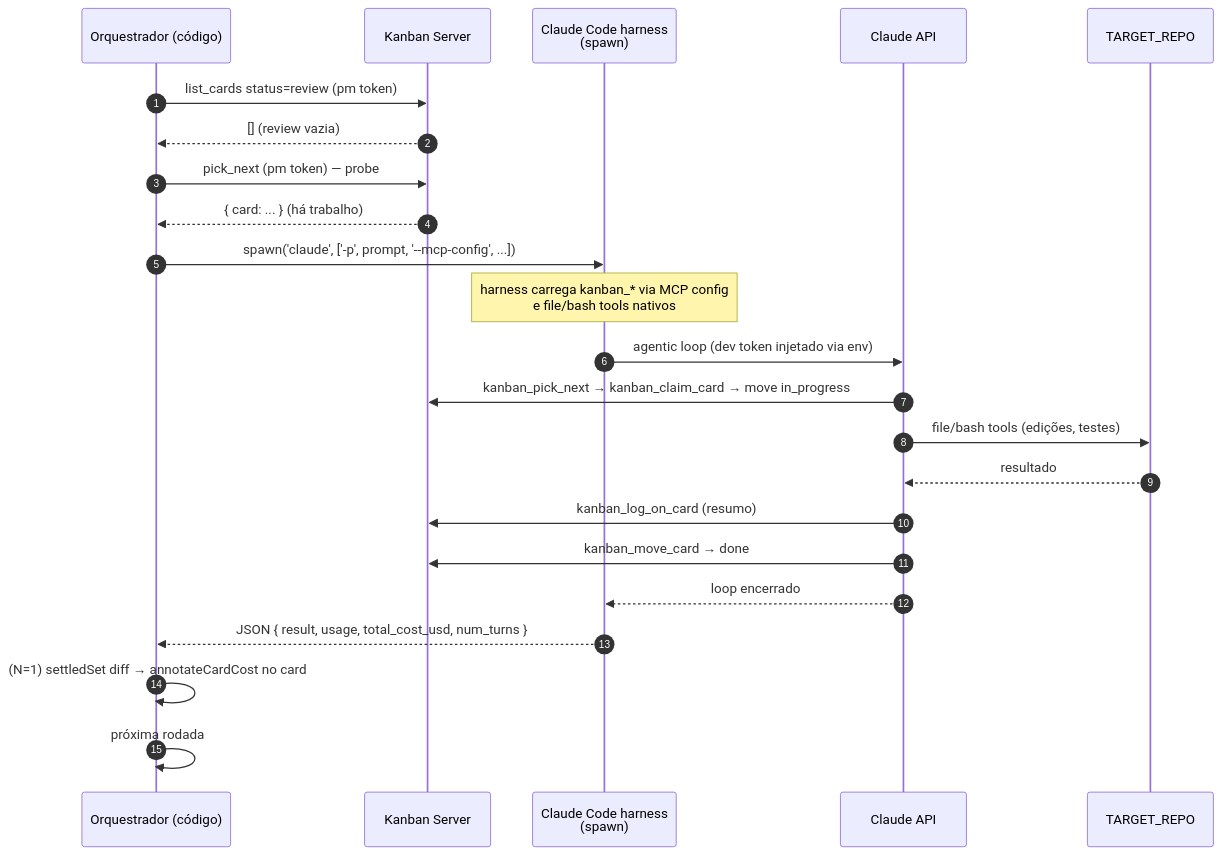
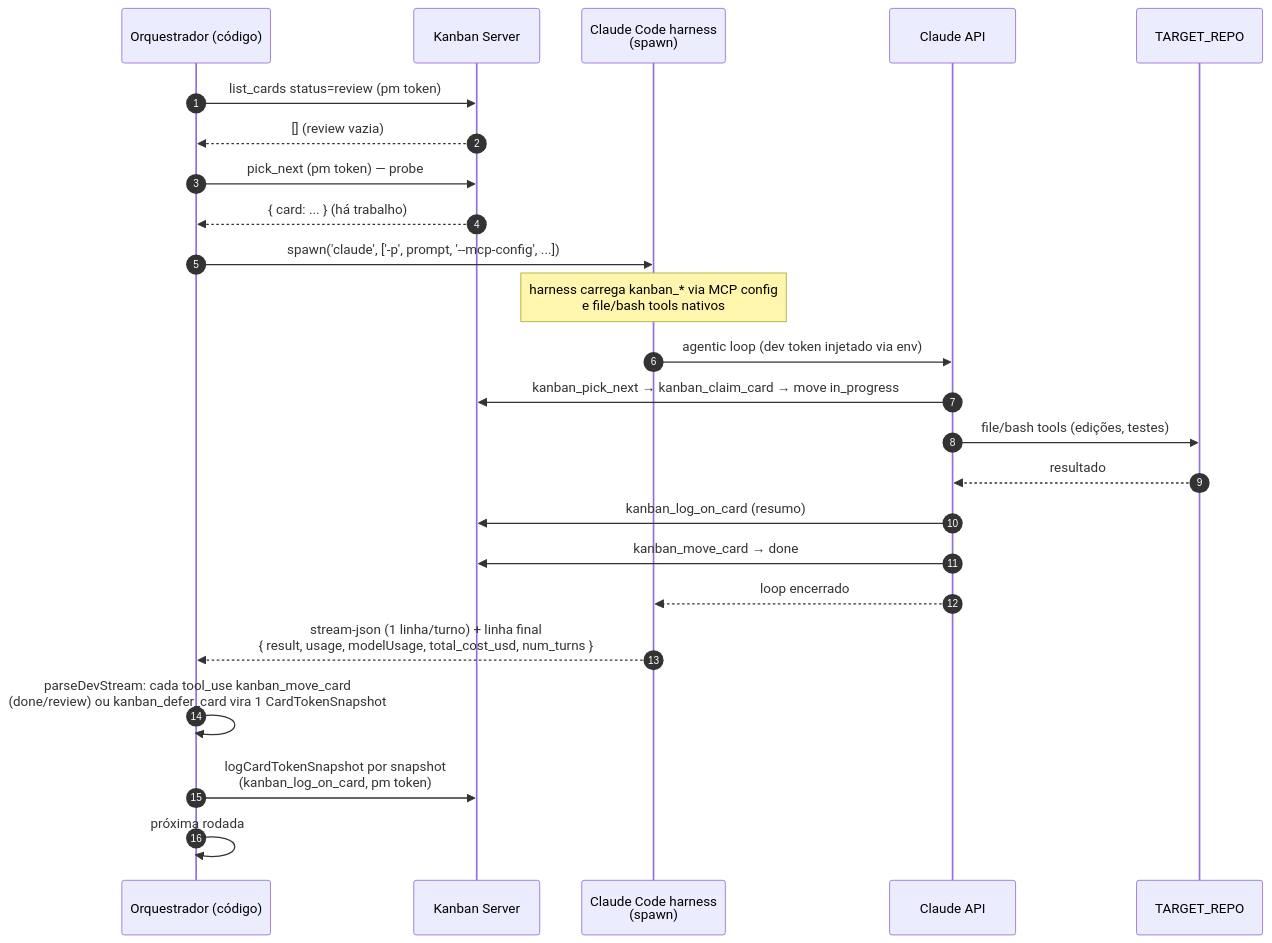
Before and after one commit to kauelopes/obsidianban: the fourth of 9 diagrams in docs/for-agents/sprint-workflow.md, drawn with Mermaid. The commit also changed other lines of this file and 29 other files, not shown here.

First line of the commit message:
feat: rastreia tokens de cache e custo medido por card, alerta de idle no workflow

````diff
--- a/docs/for-agents/sprint-workflow.md
+++ b/docs/for-agents/sprint-workflow.md
@@ -151,28 +149,29 @@
 ```mermaid
 sequenceDiagram
     autonumber
     participant O as Orquestrador (código)
     participant S as Kanban Server
     participant H as Claude Code harness<br/>(spawn)
     participant A as Claude API
     participant R as TARGET_REPO
 
     O->>S: list_cards status=review (pm token)
     S-->>O: [] (review vazia)
     O->>S: pick_next (pm token) — probe
     S-->>O: { card: ... } (há trabalho)
 
     O->>H: spawn('claude', ['-p', prompt, '--mcp-config', ...])
     note over H: harness carrega kanban_* via MCP config<br/>e file/bash tools nativos
     H->>A: agentic loop (dev token injetado via env)
     A->>S: kanban_pick_next → kanban_claim_card → move in_progress
     A->>R: file/bash tools (edições, testes)
     R-->>A: resultado
     A->>S: kanban_log_on_card (resumo)
     A->>S: kanban_move_card → done
     A-->>H: loop encerrado
-    H-->>O: JSON { result, usage, total_cost_usd, num_turns }
+    H-->>O: stream-json (1 linha/turno) + linha final<br/>{ result, usage, modelUsage, total_cost_usd, num_turns }
 
-    O->>O: (N=1) settledSet diff → annotateCardCost no card
+    O->>O: parseDevStream: cada tool_use kanban_move_card<br/>(done/review) ou kanban_defer_card vira 1 CardTokenSnapshot
+    O->>S: logCardTokenSnapshot por snapshot<br/>(kanban_log_on_card, pm token)
     O->>O: próxima rodada
 ```
````
